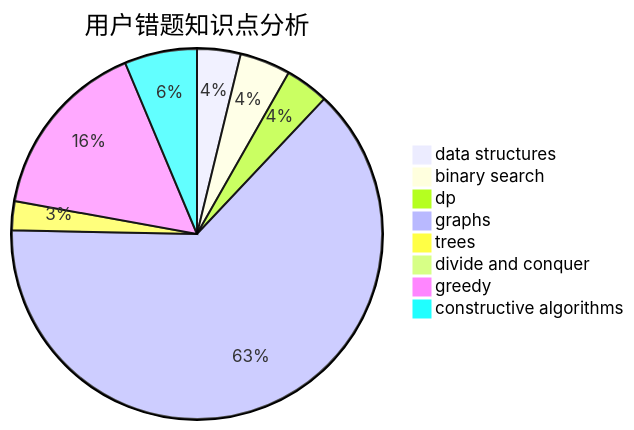
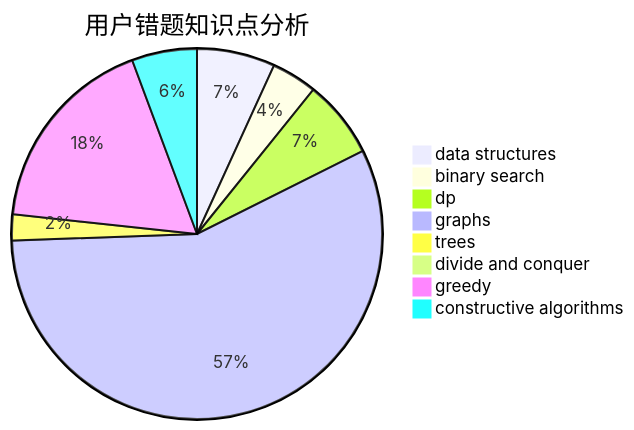
One commit to sherpahu/cfrs.github.io changed the third of 3 diagrams in docs/user/u530.md. Above: the diagram before and after it, drawn with Mermaid. The commit also changed other lines of this file and 2770 other files, not shown here.

````diff
--- a/docs/user/u530.md
+++ b/docs/user/u530.md
@@ -36,11 +36,11 @@
 ```mermaid
 pie title 用户错题知识点分析
-    "data structures" :  6
+    "data structures" :  12
     "binary search" :  7
-    "dp" :  6
+    "dp" :  12
     "graphs" :  100
     "trees" :  4
     "divide and conquer" :  0
-    "greedy" :  25
+    "greedy" :  31
     "constructive algorithms" :  10
 ```
````
